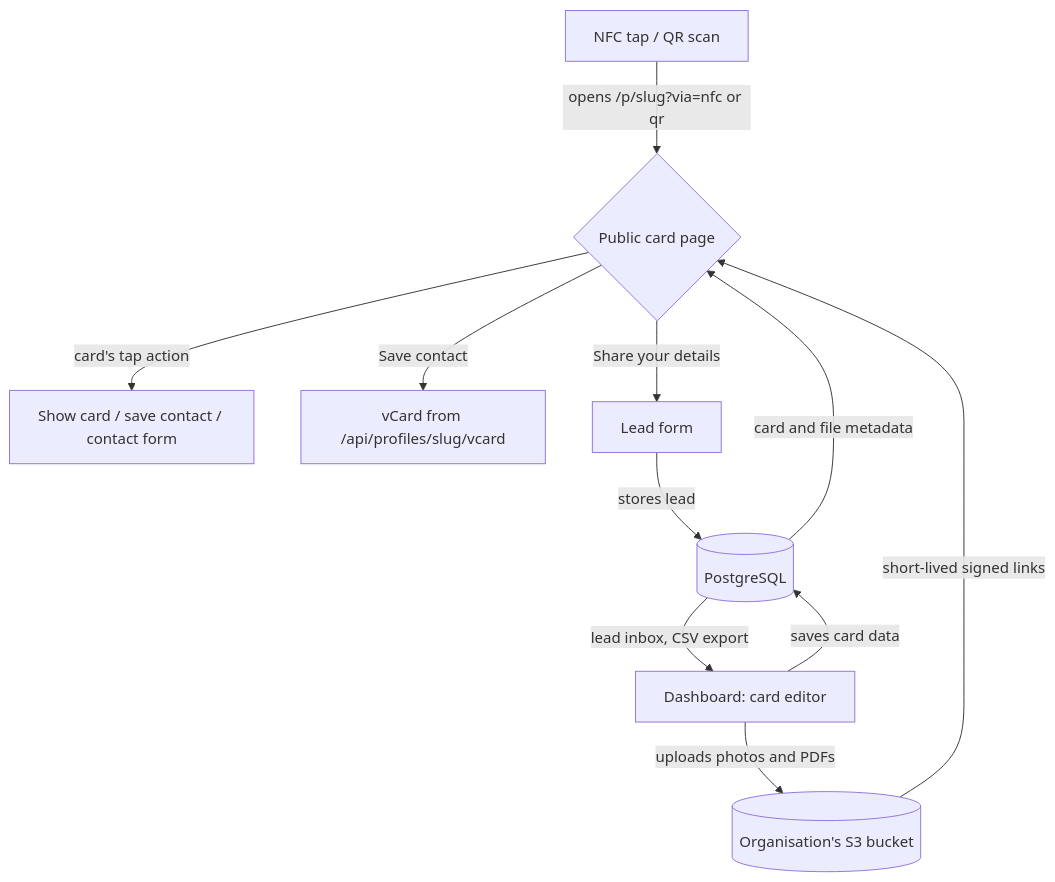
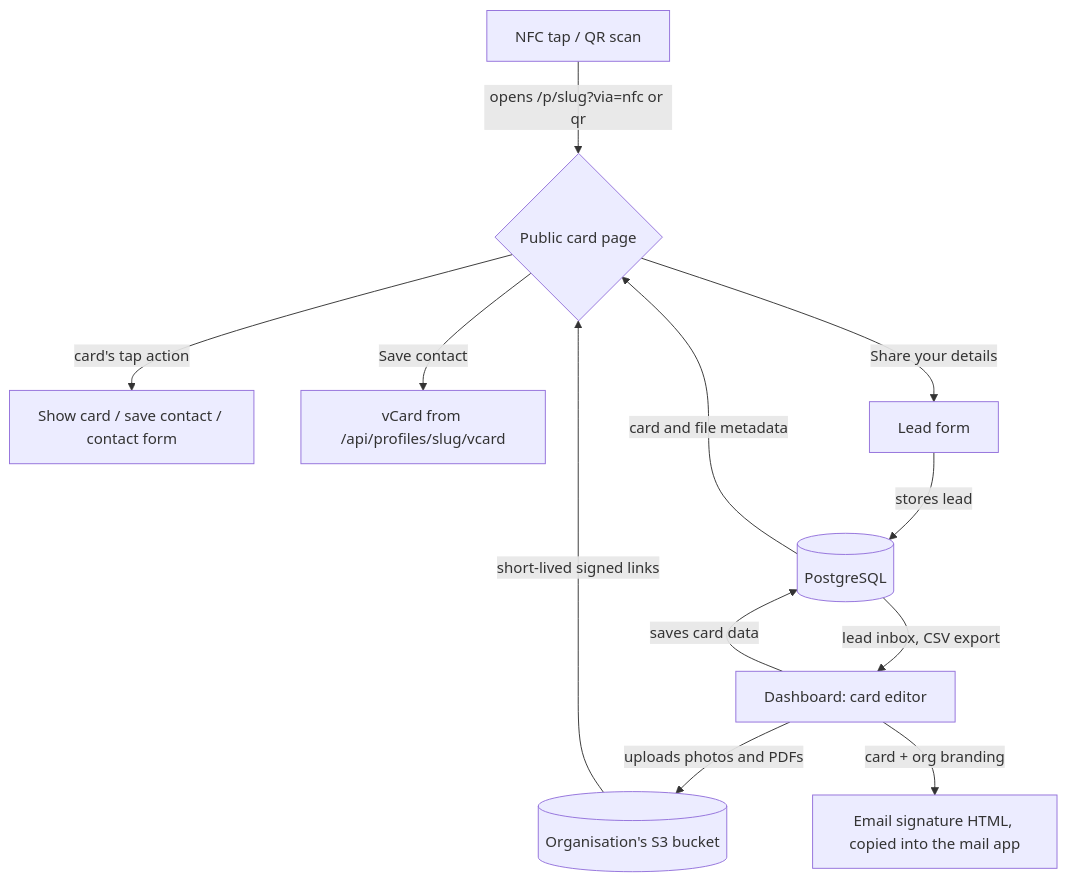
One commit to faiz-gh/fronko changed the diagram in README.md. Above: the diagram before and after it, drawn with Mermaid. The commit also changed other lines of this file and 16 other files, not shown here.

````diff
--- a/README.md
+++ b/README.md
@@ -84,13 +87,14 @@
 ```mermaid
 graph TD
     A[NFC tap / QR scan] -->|opens /p/slug?via=nfc or qr| C{Public card page}
     C -->|card's tap action| T[Show card / save contact / contact form]
     E[Dashboard: card editor] -->|saves card data| D[(PostgreSQL)]
     E -->|uploads photos and PDFs| S[(Organisation's S3 bucket)]
     D -->|card and file metadata| C
     S -->|short-lived signed links| C
     C -->|Save contact| F[vCard from /api/profiles/slug/vcard]
+    E -->|card + org branding| SIG[Email signature HTML, copied into the mail app]
     C -->|Share your details| G[Lead form]
     G -->|stores lead| D
     D -->|lead inbox, CSV export| E
 ```
````
